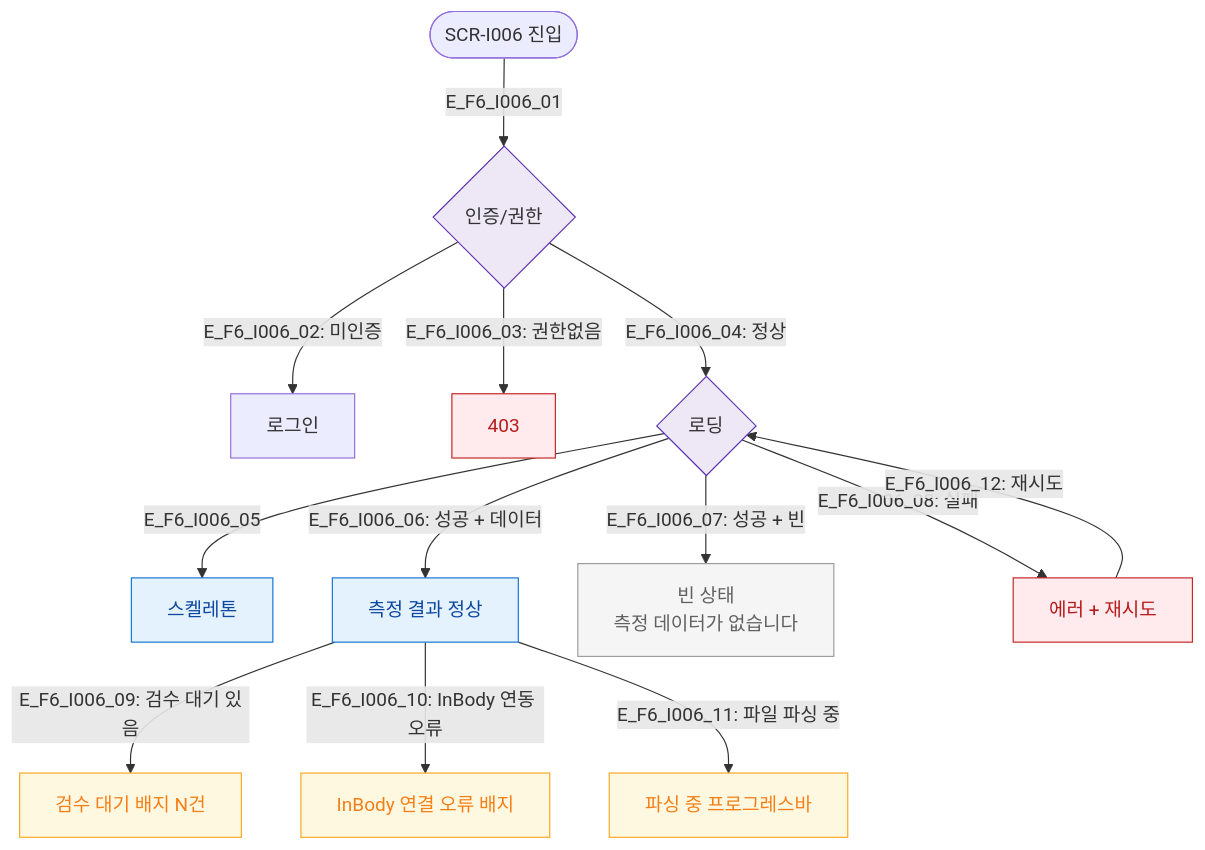
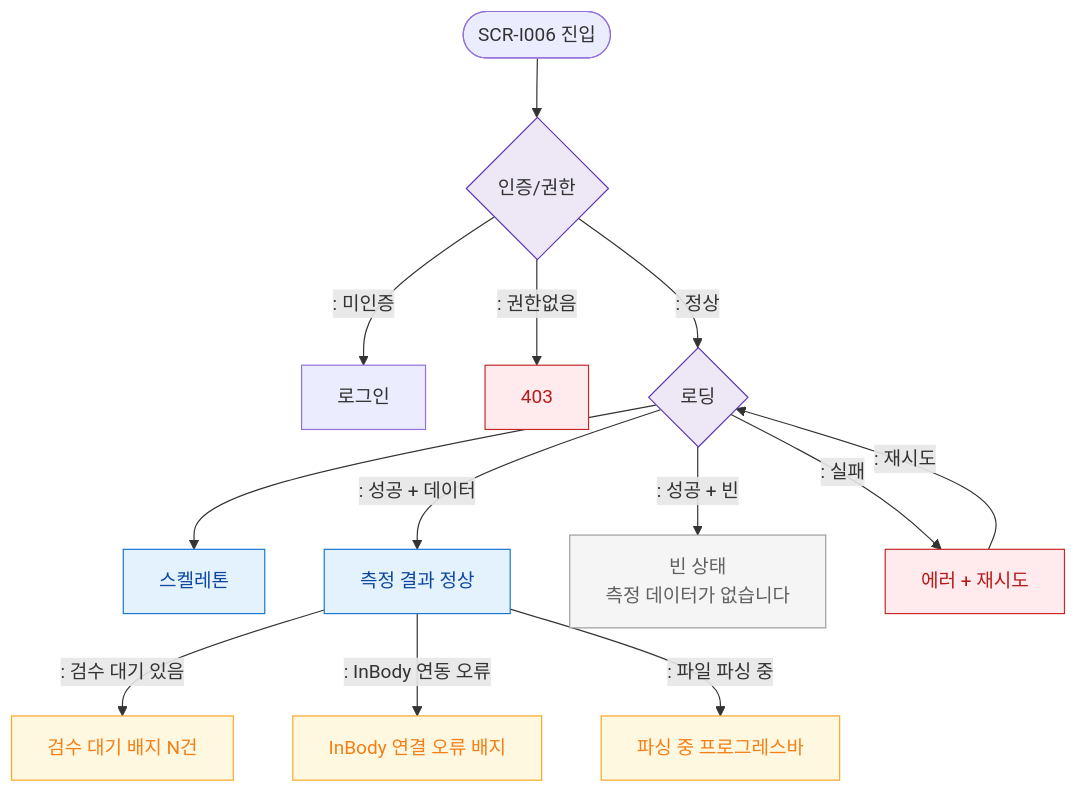
Before and after one commit to dev-spogym/admin-pando: the diagram in docs/다이어그램/D11_통합운영/SCR-I006_체성분통합관리/F6_상태별.md, drawn with Mermaid. The commit also changed other lines of this file and 1660 other files, not shown here.

First line of the commit message:
다이어그램: 기획자/클라이언트 납품본으로 정리

````diff
--- a/docs/다이어그램/D11_통합운영/SCR-I006_체성분통합관리/F6_상태별.md
+++ b/docs/다이어그램/D11_통합운영/SCR-I006_체성분통합관리/F6_상태별.md
@@ -16,28 +14,28 @@
 ```mermaid
 flowchart TD
-    ENTER([SCR-I006 진입]) -->|E_F6_I006_01| AUTH{인증/권한}
-    AUTH -->|"E_F6_I006_02: 미인증"| LOGIN[로그인]
-    AUTH -->|"E_F6_I006_03: 권한없음"| FORBIDDEN[403]
-    AUTH -->|"E_F6_I006_04: 정상"| LOADING{로딩}
+    ENTER([SCR-I006 진입]) --> AUTH{인증/권한}
+    AUTH -->|": 미인증"|LOGIN[로그인]
+    AUTH -->|": 권한없음"|FORBIDDEN[403]
+    AUTH -->|": 정상"|LOADING{로딩}
 
-    LOADING -->|E_F6_I006_05| STATE_LOADING[스켈레톤]
-    LOADING -->|"E_F6_I006_06: 성공 + 데이터"| STATE_NORMAL[측정 결과 정상]
-    LOADING -->|"E_F6_I006_07: 성공 + 빈"| STATE_EMPTY[빈 상태\n측정 데이터가 없습니다]
-    LOADING -->|"E_F6_I006_08: 실패"| STATE_ERROR[에러 + 재시도]
+    LOADING --> STATE_LOADING[스켈레톤]
+    LOADING -->|": 성공 + 데이터"|STATE_NORMAL[측정 결과 정상]
+    LOADING -->|": 성공 + 빈"|STATE_EMPTY[빈 상태\n측정 데이터가 없습니다]
+    LOADING -->|": 실패"|STATE_ERROR[에러 + 재시도]
 
-    STATE_NORMAL -->|"E_F6_I006_09: 검수 대기 있음"| BADGE_REVIEW[검수 대기 배지 N건]
-    STATE_NORMAL -->|"E_F6_I006_10: InBody 연동 오류"| BADGE_IOT[InBody 연결 오류 배지]
-    STATE_NORMAL -->|"E_F6_I006_11: 파일 파싱 중"| STATE_PARSING[파싱 중 프로그레스바]
-    STATE_ERROR -->|"E_F6_I006_12: 재시도"| LOADING
+    STATE_NORMAL -->|": 검수 대기 있음"|BADGE_REVIEW[검수 대기 배지 N건]
+    STATE_NORMAL -->|": InBody 연동 오류"|BADGE_IOT[InBody 연결 오류 배지]
+    STATE_NORMAL -->|": 파일 파싱 중"|STATE_PARSING[파싱 중 프로그레스바]
+    STATE_ERROR -->|": 재시도"|LOADING
 
-    classDef screen       fill:#E3F2FD,stroke:#1976D2,color:#0D47A1
-    classDef error        fill:#FFEBEE,stroke:#C62828,color:#B71C1C
-    classDef warning      fill:#FFF8E1,stroke:#F9A825,color:#F57F17
-    classDef system       fill:#EDE7F6,stroke:#5E35B2
-    classDef rbacBlocked  fill:#F5F5F5,stroke:#9E9E9E,color:#616161
+    classDef screen fill:#E3F2FD,stroke:#1976D2,color:#0D47A1
+    classDef error fill:#FFEBEE,stroke:#C62828,color:#B71C1C
+    classDef warning fill:#FFF8E1,stroke:#F9A825,color:#F57F17
+    classDef system fill:#EDE7F6,stroke:#5E35B2
+    classDef rbacBlocked fill:#F5F5F5,stroke:#9E9E9E,color:#616161
     class STATE_NORMAL,STATE_LOADING screen
     class STATE_ERROR,FORBIDDEN error
     class BADGE_REVIEW,BADGE_IOT,STATE_PARSING warning
     class STATE_EMPTY rbacBlocked
     class AUTH,LOADING system
 ```
````
